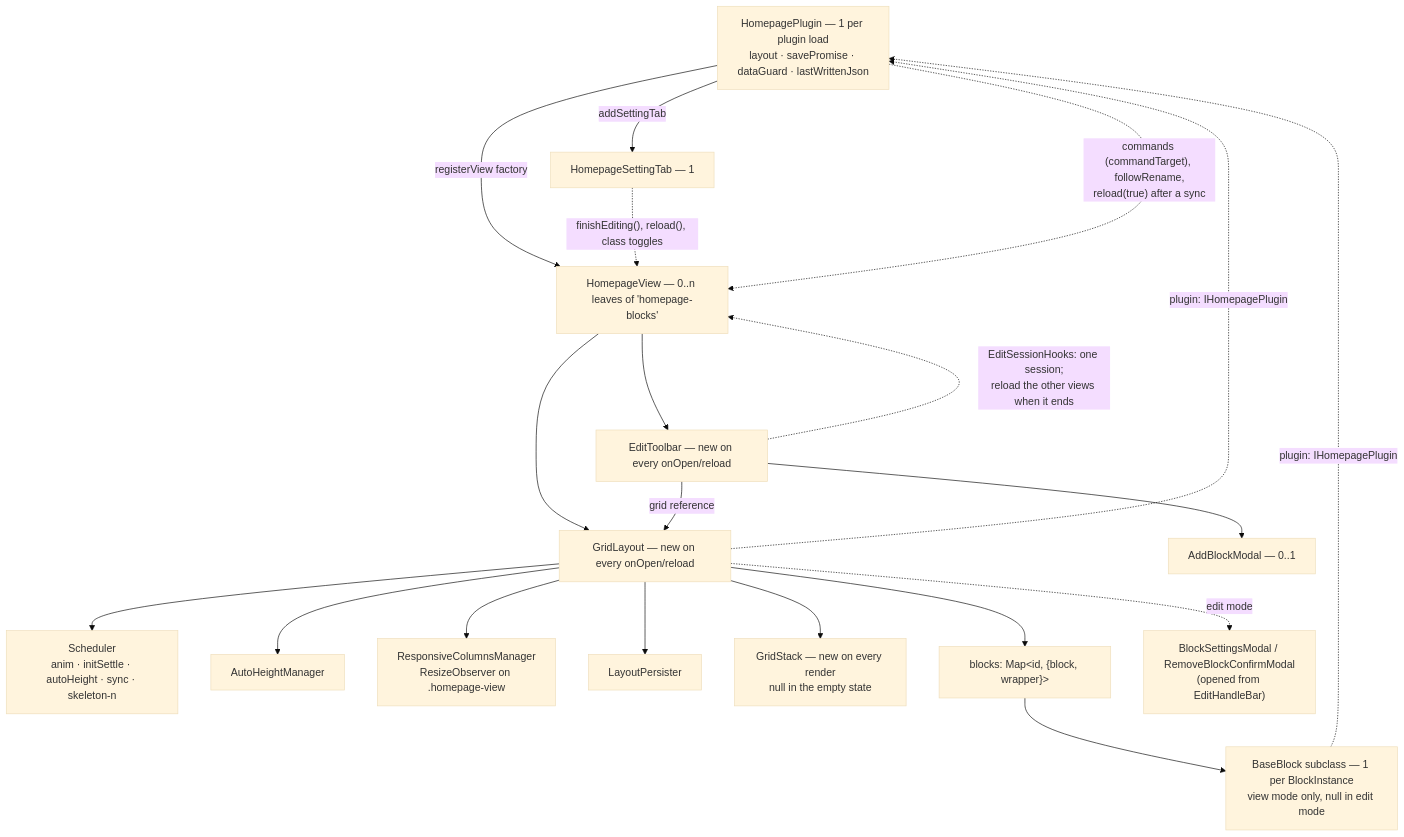
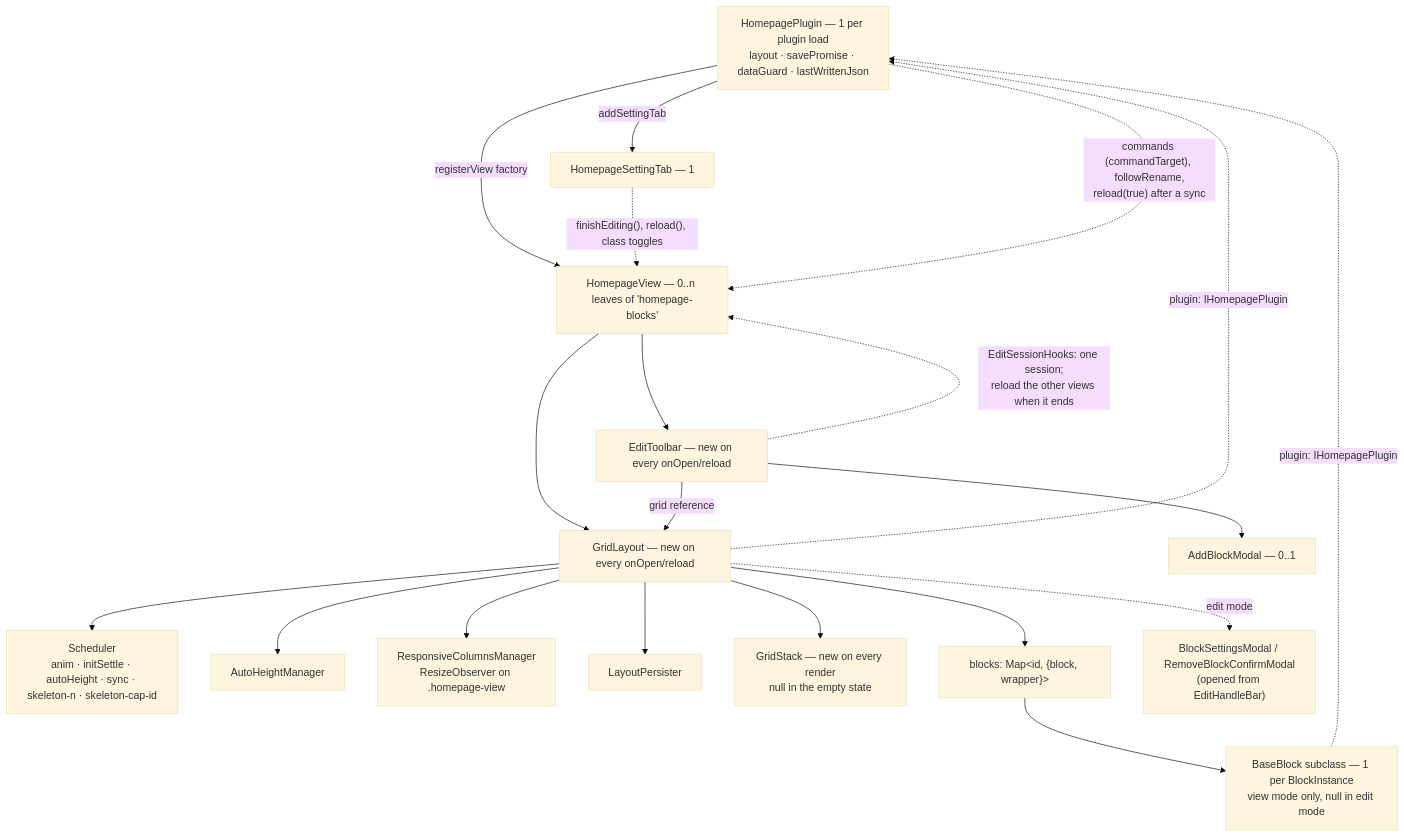
Before and after one commit to acaprino/obsidian-plugin-homepage: the second of 3 diagrams in docs/architecture.md, drawn with Mermaid (base theme). The commit also changed other lines of this file and 11 other files, not shown here.

````diff
--- a/docs/architecture.md
+++ b/docs/architecture.md
@@ -266,37 +290,37 @@
 ```mermaid
 flowchart TD
   P["HomepagePlugin — 1 per plugin load<br/>layout · savePromise · dataGuard · lastWrittenJson"]
   ST["HomepageSettingTab — 1"]
   V["HomepageView — 0..n leaves of 'homepage-blocks'"]
   G["GridLayout — new on every onOpen/reload"]
   T["EditToolbar — new on every onOpen/reload"]
   AM["AddBlockModal — 0..1"]
-  S["Scheduler<br/>anim · initSettle · autoHeight · sync · skeleton-n"]
+  S["Scheduler<br/>anim · initSettle · autoHeight · sync · skeleton-n · skeleton-cap-id"]
   AH["AutoHeightManager"]
   RC["ResponsiveColumnsManager<br/>ResizeObserver on .homepage-view"]
   LP["LayoutPersister"]
   GS["GridStack — new on every render<br/>null in the empty state"]
   BM["blocks: Map&lt;id, {block, wrapper}&gt;"]
   B["BaseBlock subclass — 1 per BlockInstance<br/>view mode only, null in edit mode"]
   M["BlockSettingsModal / RemoveBlockConfirmModal<br/>(opened from EditHandleBar)"]
 
   P -->|registerView factory| V
   P -->|addSettingTab| ST
   V --> G
   V --> T
   T -->|grid reference| G
   T --> AM
   G --> S
   G --> AH
   G --> RC
   G --> LP
   G --> GS
   G --> BM
   BM --> B
   G -.->|edit mode| M
   B -.->|"plugin: IHomepagePlugin"| P
   G -.->|"plugin: IHomepagePlugin"| P
   ST -.->|"finishEditing(), reload(), class toggles"| V
   P -.->|"commands (commandTarget), followRename,<br/>reload(true) after a sync"| V
   T -.->|"EditSessionHooks: one session;<br/>reload the other views when it ends"| V
 ```
````
